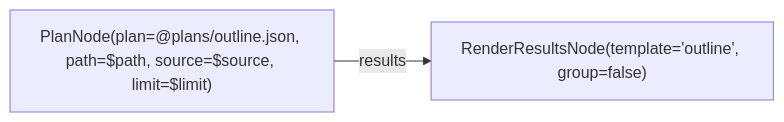
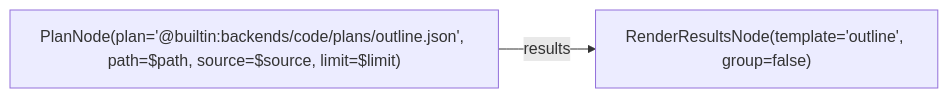
One commit to L-Defraiteur/rag3db changed the diagram in extension/rag3weaver/templates/tools/outline.mmd. Above: the diagram before and after it, drawn with Mermaid. The commit also changed 2 other files, not shown here.

Commit message:
fix(outline): le Plan livré se cite @builtin:, comme un graphe livré — un manifeste relié ou installé ailleurs le trouve ; le test des outils livrés lit les Plans comme le chargeur

```diff
--- a/extension/rag3weaver/templates/tools/outline.mmd
+++ b/extension/rag3weaver/templates/tools/outline.mmd
@@ -1,11 +1,11 @@
 %% tool: outline
 %% description: Le plan d'un fichier, comme le donne un serveur de langage : ses scopes dans l'ordre (classes, fonctions, méthodes…), avec leur genre, leurs lignes et leur signature. Lu dans l'index, sans ouvrir le fichier ; pour s'orienter avant read, ou pour savoir ce qu'un fichier définit.
 %% param: path string! -- Le chemin du fichier, tel que list_files ou search_code le rendent (ex. 'src/main/database.cpp').
 %% param: source string = "" -- La source de l'index, quand le même chemin existe dans deux (vide : toutes).
 %% param: limit int = 500 -- Scopes rendus au plus (plafond 2000) ; le total est compté.
 %% result: render.text
 
 graph LR
-    plan["PlanNode(plan=@plans/outline.json, path=$path, source=$source, limit=$limit)"]
+    plan["PlanNode(plan='@builtin:backends/code/plans/outline.json', path=$path, source=$source, limit=$limit)"]
     render["RenderResultsNode(template='outline', group=false)"]
     plan -->|results| render
```
